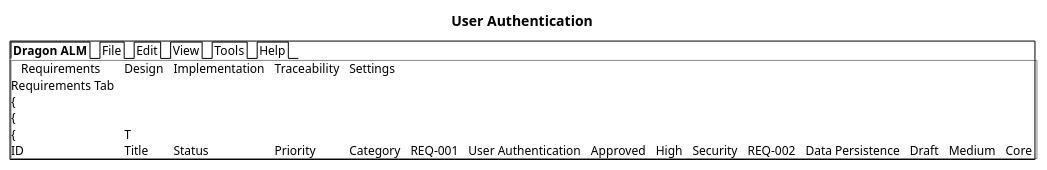
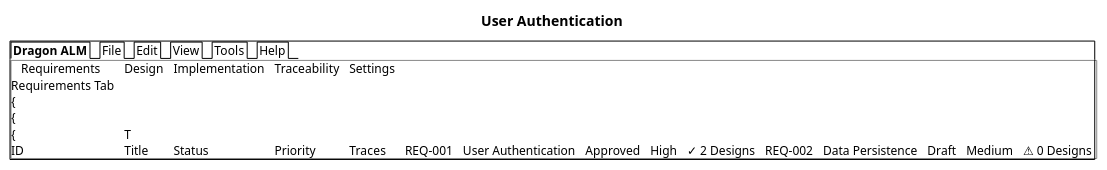
One commit to Jaeyong-Cho/dragon-alm changed the sixth of 13 diagrams in design.md. Above: the diagram before and after it, drawn with PlantUML. The commit also changed other lines of this file and 1 other file, not shown here.

First line of the commit message:
docs: enhance requirements and design with inline traceability

````diff
--- a/design.md
+++ b/design.md
@@ -610,42 +610,48 @@
 ```plantuml
 @startuml
 salt
 {+
   {/ <b>Dragon ALM | File | Edit | View | Tools | Help}
   {T+
     + Requirements | Design | Implementation | Traceability | Settings
     Requirements Tab
     {
       {
         {T
-          | ID | Title | Status | Priority | Category |
-          | REQ-001 | User Authentication | Approved | High | Security |
-          | REQ-002 | Data Persistence | Draft | Medium | Core |
+          | ID | Title | Status | Priority | Traces |
+          | REQ-001 | User Authentication | Approved | High | ✓ 2 Designs |
+          | REQ-002 | Data Persistence | Draft | Medium | ⚠ 0 Designs |
         }
       } | {
         <b>Details
         ---
         ID: REQ-001
         Title: User Authentication
         Status: Approved
         Priority: High
         Category: Security
         ---
         Description:
         { . }
         ---
         Verification Criteria:
         { . }
         ---
-        Linked Items:
-        - DES-001: Authentication Module
-        - DES-002: Login UI
+        <b>Traceability
+        <b>Linked Designs (2):
+        ↓ DES-001: Authentication Module [Notes] [×]
+        ↓ DES-002: Login UI [Notes] [×]
+        [+ Add Design Link]
+
+        <b>Complete Trace Paths:
+        REQ-001 → DES-001 → IMP-001 (auth.py)
+        REQ-001 → DES-002 → IMP-003 (ui/login.py)
         ---
-        [Edit] [Delete] [Link] [Version History]
+        [Edit] [Delete] [Version History]
       }
     }
   }
-  [Status Bar: 125 Requirements | 87 Designs | 203 Implementations | DB: project.db]
+  [Status Bar: 125 Requirements | 87 Designs | 203 Implementations | Coverage: 78% | DB: project.db]
 }
 @enduml
 ```
````
